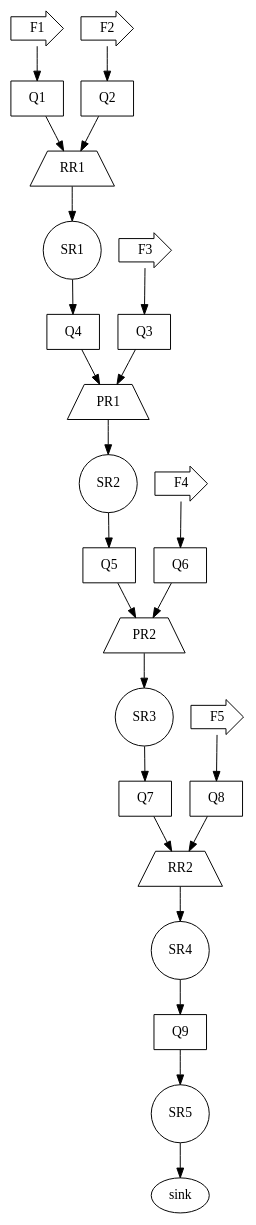
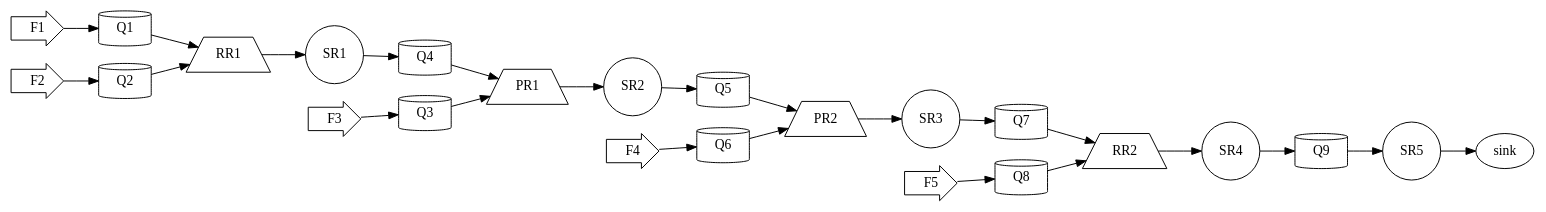
The diagram in dsl/graph5.dot (ANUPARNAGANGULY2000/FlexNoC_AF), drawn with Graphviz before and after one commit. The commit also changed 8 other files, not shown here.

```diff
--- a/dsl/graph5.dot
+++ b/dsl/graph5.dot
@@ -1,50 +1,53 @@
 digraph G{
+
+rankdir ="LR"
+
 F1[label="F1", type=Source, rate=0.03, cv=0.97, t_serv=1.0, shape="rarrow"];
 F2[label="F2", type=SOURCE, rate=0.03, cv=0.97, shape="rarrow"];
-Q1[label="Q1", type=QUEUE, depth=4, shape="cyclinder"];
-Q2[label="Q2", type=Queue, depth=4, shape="cyclinder"];
+Q1[label="Q1", type=QUEUE, depth=4, shape="cylinder"];
+Q2[label="Q2", type=Queue, depth=4, shape="cylinder"];
 RR1[label="RR1", type=RoundRobin, zero_load=0.0, t_serv=0.0, coeff_var=0.0, shape="trapezium"];
 RR2[label="RR2", type=RoundRobin, zero_load=0.0, t_serv=0.0, coeff_var=0.0, shape="trapezium"];
 SR1[label="SR1", type=Server, t_serv=1.0, coeff_var=0.0, shape="circle"];
 F3[label="F3", type=Source, rate=0.05, cv=0.95, shape="rarrow"];
-Q3[label="Q3", type=Queue, depth=4, shape="cyclinder"];
-Q4[label="Q4", type=QUeue, depth=4, shape="cyclinder"];
+Q3[label="Q3", type=Queue, depth=4, shape="cylinder"];
+Q4[label="Q4", type=QUeue, depth=4, shape="cylinder"];
 PR1[label="PR1", type=Priority, zero_load=0.0, shape="trapezium"];
 PR2[label="PR2", type=Priority, zero_load=0.0, shape="trapezium"];
 SR2[label="SR2", type=Server, t_serv=1.0, coeff_var=0.0, shape="circle"];
-Q5[label="Q5", type=Queue, depth=3, shape="cyclinder"];
+Q5[label="Q5", type=Queue, depth=3, shape="cylinder"];
 SR3[label="SR3", type=Server, t_serv=1.0, coeff_var=0.0, rate=0.14, shape="circle"];
 F4[label="F4", type=Source, rate=0.05, cv=0.95, shape="rarrow"];
 F5[label="F5", type=Source, rate=0.05, cv=0.95, shape="rarrow"];
-Q6[label="Q6", type=Queue, depth=4, shape="cyclinder"];
-Q7[label="Q7", type=Queue, depth=4, shape="cyclinder"];
-Q8[label="Q8", type=Queue, depth=4, shape="cyclinder"];
-Q9[label="Q9", type=Queue, depth=4, shape="cyclinder"];
+Q6[label="Q6", type=Queue, depth=4, shape="cylinder"];
+Q7[label="Q7", type=Queue, depth=4, shape="cylinder"];
+Q8[label="Q8", type=Queue, depth=4, shape="cylinder"];
+Q9[label="Q9", type=Queue, depth=4, shape="cylinder"];
 SR4[label="SR4", type=Server, t_serv=1.0, coeff_var=0.0, rate=0.14, shape="circle"];
 SR5[label="SR5", type=Server, t_serv=1.0, coeff_var=0.0, rate=0.14, shape="circle"];
 Sink1[label="sink", type=Sink];
 
 F1 -> Q1;
 F2 -> Q2;
 Q1 -> RR1;
 Q2 -> RR1;
 RR1 ->SR1;
 SR1 -> Q4;
 F3 -> Q3;
 Q4 -> PR1;
 Q3 -> PR1;
 PR1 -> SR2;
 SR2 -> Q5;
 F4 -> Q6;
 Q6 -> PR2;
 Q5 -> PR2;
 PR2 -> SR3;
 SR3 -> Q7;
 F5 -> Q8;
 Q7 -> RR2;
 Q8 -> RR2;
 RR2 -> SR4;
 SR4 -> Q9;
 Q9 -> SR5;
 SR5 -> Sink1;
 }
```
